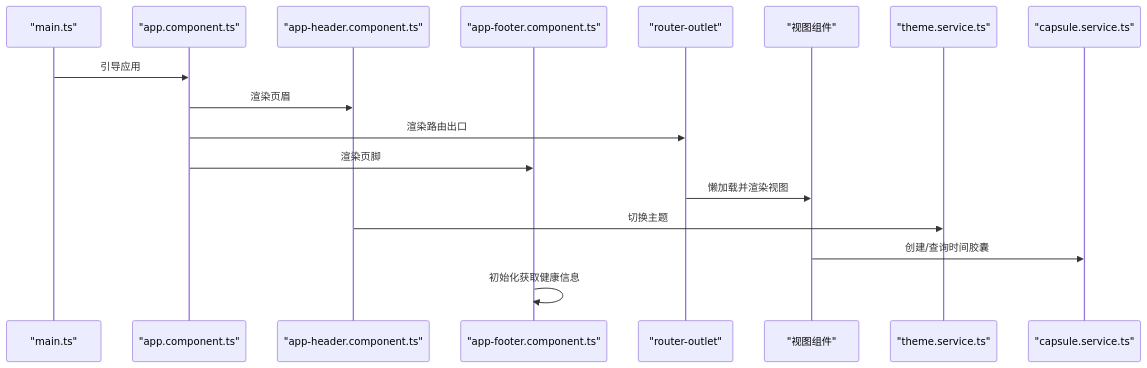
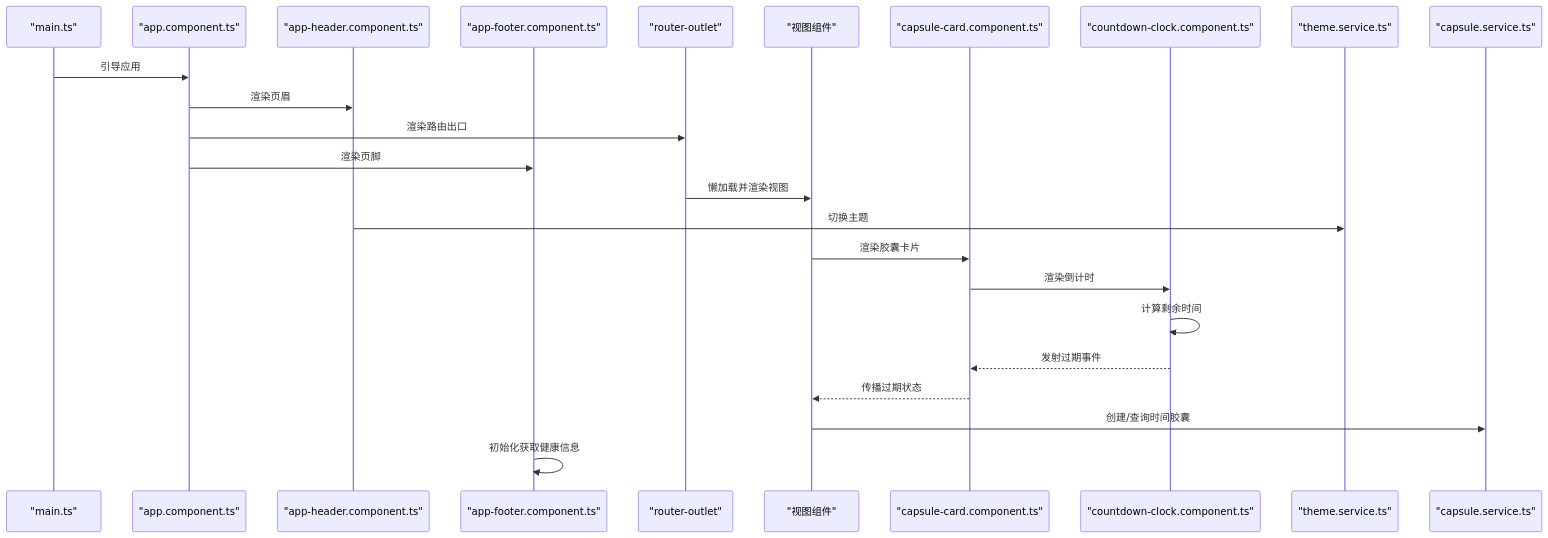
Before and after one commit to alexy2008/TimeCapsule: the second of 10 diagrams in .qoder/repowiki/zh/content/前端实现详解/Angular 实现/组件系统架构/组件系统架构.md, drawn with Mermaid. The commit also changed other lines of this file and 22 other files, not shown here.

````diff
--- a/.qoder/repowiki/zh/content/前端实现详解/Angular 实现/组件系统架构/组件系统架构.md
+++ b/.qoder/repowiki/zh/content/前端实现详解/Angular 实现/组件系统架构/组件系统架构.md
@@ -147,19 +165,26 @@
 ```mermaid
 sequenceDiagram
 participant Boot as "main.ts"
 participant Root as "app.component.ts"
 participant Header as "app-header.component.ts"
 participant Footer as "app-footer.component.ts"
 participant Router as "router-outlet"
 participant View as "视图组件"
+participant Card as "capsule-card.component.ts"
+participant Clock as "countdown-clock.component.ts"
 participant ThemeSvc as "theme.service.ts"
 participant CapsuleSvc as "capsule.service.ts"
 Boot->>Root : 引导应用
 Root->>Header : 渲染页眉
 Root->>Router : 渲染路由出口
 Root->>Footer : 渲染页脚
 Router->>View : 懒加载并渲染视图
 Header->>ThemeSvc : 切换主题
+View->>Card : 渲染胶囊卡片
+Card->>Clock : 渲染倒计时
+Clock->>Clock : 计算剩余时间
+Clock-->>Card : 发射过期事件
+Card-->>View : 传播过期状态
 View->>CapsuleSvc : 创建/查询时间胶囊
 Footer->>Footer : 初始化获取健康信息
 ```
````
